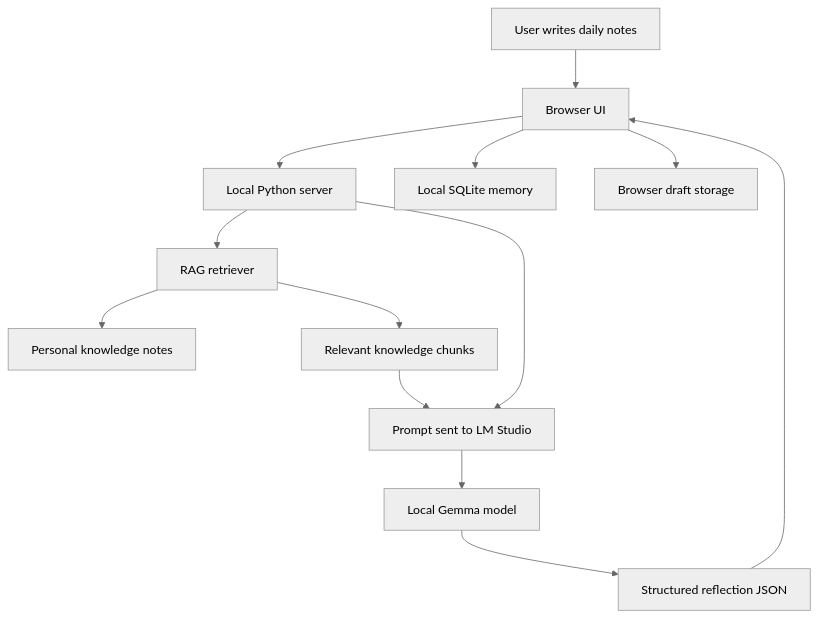
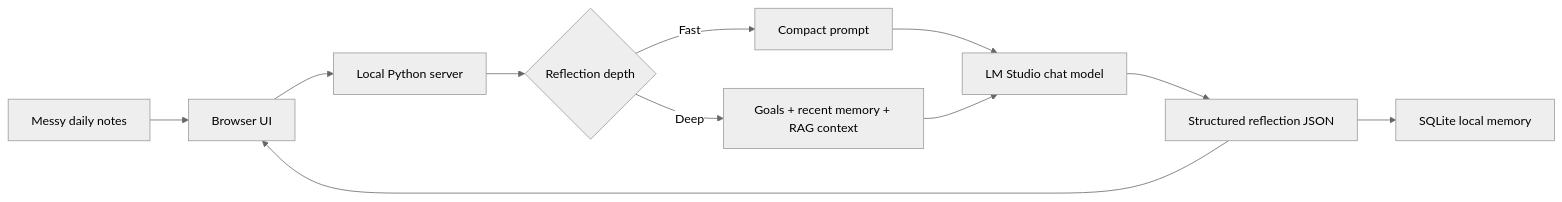
The first of 3 diagrams in Agents/daily-reflection-agent/README.md (shanmukh9/AI-library), drawn with Mermaid (neutral theme) before and after one commit. The commit also changed other lines of this file and 13 other files, not shown here.

First line of the commit message:
Polish daily reflection agent as a public portfolio prototype

````diff
--- a/Agents/daily-reflection-agent/README.md
+++ b/Agents/daily-reflection-agent/README.md
@@ -37,15 +28,13 @@
 ```mermaid
-flowchart TD
-    A["User writes daily notes"] --> B["Browser UI"]
+flowchart LR
+    A["Messy daily notes"] --> B["Browser UI"]
     B --> C["Local Python server"]
-    C --> D["RAG retriever"]
-    D --> E["Personal knowledge notes"]
-    D --> F["Relevant knowledge chunks"]
-    F --> G["Prompt sent to LM Studio"]
-    C --> G
-    G --> H["Local Gemma model"]
-    H --> I["Structured reflection JSON"]
-    I --> B
-    B --> J["Local SQLite memory"]
-    B --> K["Browser draft storage"]
+    C --> D{"Reflection depth"}
+    D -->|"Fast"| E["Compact prompt"]
+    D -->|"Deep"| F["Goals + recent memory + RAG context"]
+    E --> G["LM Studio chat model"]
+    F --> G
+    G --> H["Structured reflection JSON"]
+    H --> I["SQLite local memory"]
+    H --> B
 ```
````
